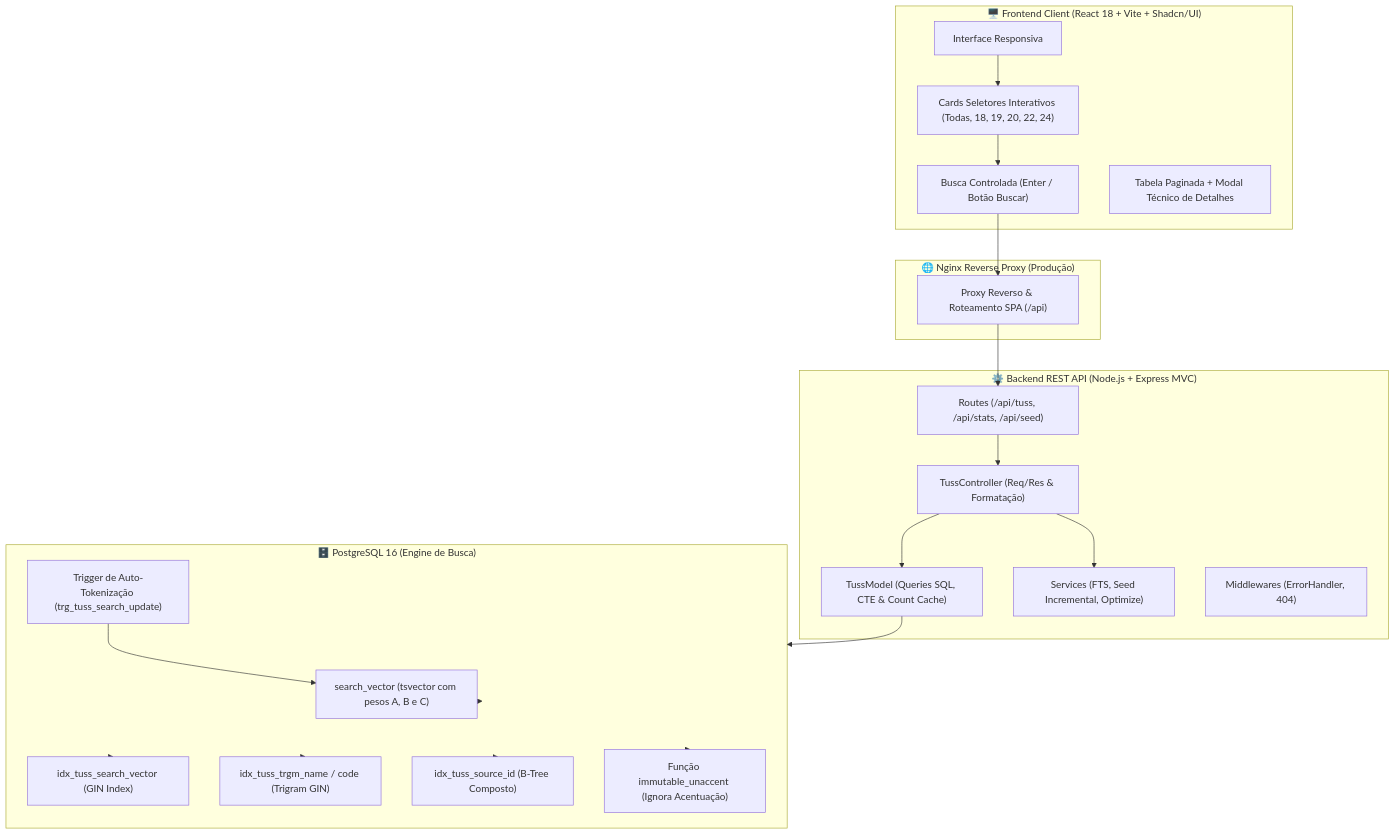
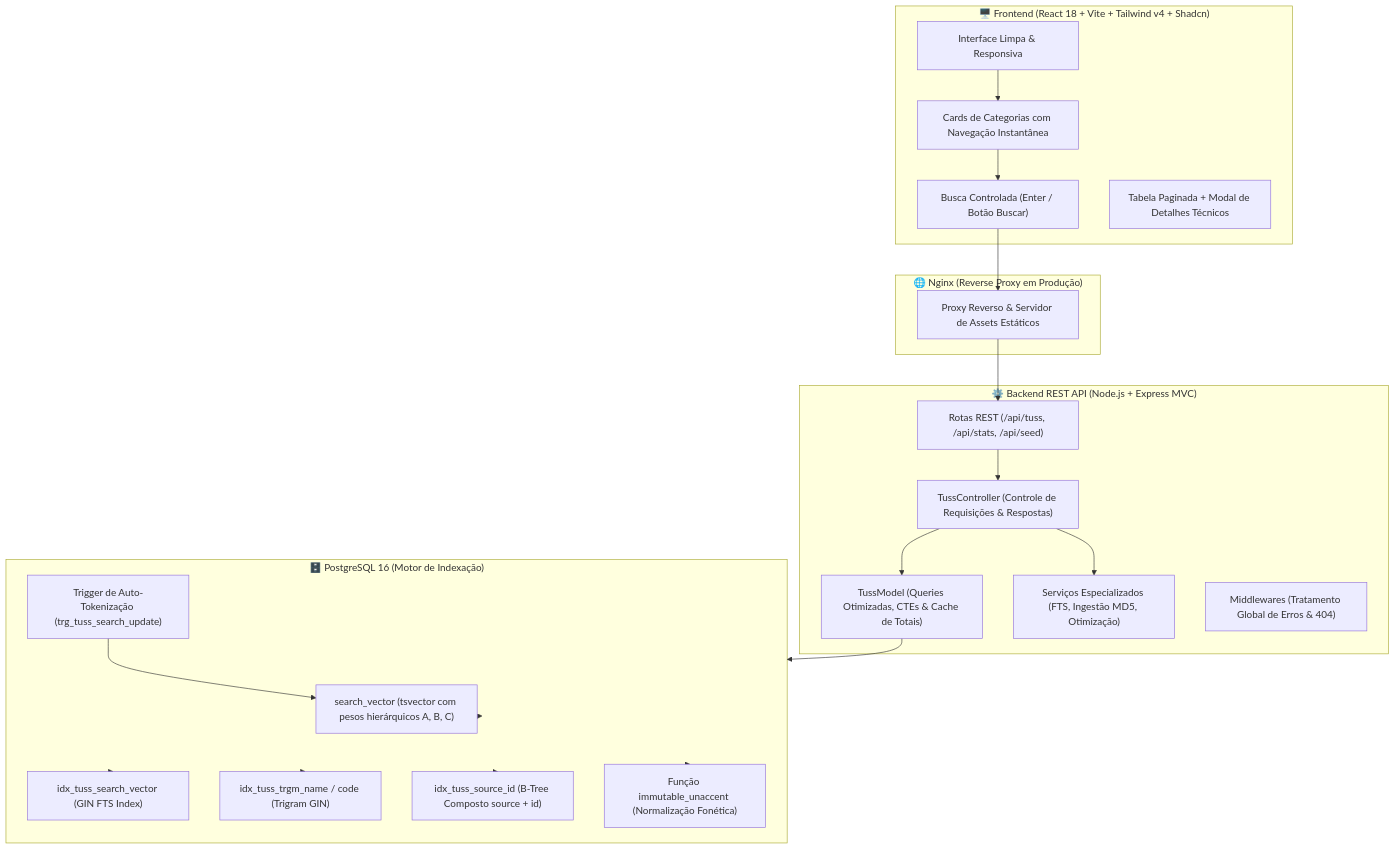
One commit to jadsoncerqueira/sistema-tuss changed the diagram in README.md. Above: the diagram before and after it, drawn with Mermaid. The commit also changed other lines of this file, not shown here.

````diff
--- a/README.md
+++ b/README.md
@@ -46,45 +60,45 @@
 ```mermaid
 flowchart TD
-    subgraph Client["🖥️ Frontend Client (React 18 + Vite + Shadcn/UI)"]
-        UI["Interface Responsiva"]
-        Cards["Cards Seletores Interativos (Todas, 18, 19, 20, 22, 24)"]
+    subgraph Client["🖥️ Frontend (React 18 + Vite + Tailwind v4 + Shadcn)"]
+        UI["Interface Limpa & Responsiva"]
+        Cards["Cards de Categorias com Navegação Instantânea"]
         SearchInput["Busca Controlada (Enter / Botão Buscar)"]
-        TableComp["Tabela Paginada + Modal Técnico de Detalhes"]
+        TableComp["Tabela Paginada + Modal de Detalhes Técnicos"]
     end
 
-    subgraph NginxProxy["🌐 Nginx Reverse Proxy (Produção)"]
-        Proxy["Proxy Reverso & Roteamento SPA (/api)"]
+    subgraph NginxProxy["🌐 Nginx (Reverse Proxy em Produção)"]
+        Proxy["Proxy Reverso & Servidor de Assets Estáticos"]
     end
 
     subgraph BackendMVC["⚙️ Backend REST API (Node.js + Express MVC)"]
-        Router["Routes (/api/tuss, /api/stats, /api/seed)"]
-        Controller["TussController (Req/Res & Formatação)"]
-        Model["TussModel (Queries SQL, CTE & Count Cache)"]
-        Services["Services (FTS, Seed Incremental, Optimize)"]
-        Middlewares["Middlewares (ErrorHandler, 404)"]
+        Router["Rotas REST (/api/tuss, /api/stats, /api/seed)"]
+        Controller["TussController (Controle de Requisições & Respostas)"]
+        Model["TussModel (Queries Otimizadas, CTEs & Cache de Totais)"]
+        Services["Serviços Especializados (FTS, Ingestão MD5, Otimização)"]
+        Middlewares["Middlewares (Tratamento Global de Erros & 404)"]
     end
 
-    subgraph Database["🗄️ PostgreSQL 16 (Engine de Busca)"]
-        TSV["search_vector (tsvector com pesos A, B e C)"]
-        GIN_FTS["idx_tuss_search_vector (GIN Index)"]
+    subgraph Database["🗄️ PostgreSQL 16 (Motor de Indexação)"]
+        TSV["search_vector (tsvector com pesos hierárquicos A, B, C)"]
+        GIN_FTS["idx_tuss_search_vector (GIN FTS Index)"]
         GIN_TRGM["idx_tuss_trgm_name / code (Trigram GIN)"]
-        BTreeComp["idx_tuss_source_id (B-Tree Composto)"]
+        BTreeComp["idx_tuss_source_id (B-Tree Composto source + id)"]
         Trigger["Trigger de Auto-Tokenização (trg_tuss_search_update)"]
-        Unaccent["Função immutable_unaccent (Ignora Acentuação)"]
+        Unaccent["Função immutable_unaccent (Normalização Fonética)"]
     end
 
     UI --> Cards
     Cards --> SearchInput
     SearchInput --> Proxy
     Proxy --> Router
     Router --> Controller
     Controller --> Services
     Controller --> Model
     Model --> Database
     Database --> Unaccent
     Database --> GIN_FTS
     Database --> GIN_TRGM
     Database --> BTreeComp
     Database --> TSV
     Trigger --> TSV
 ```
````
